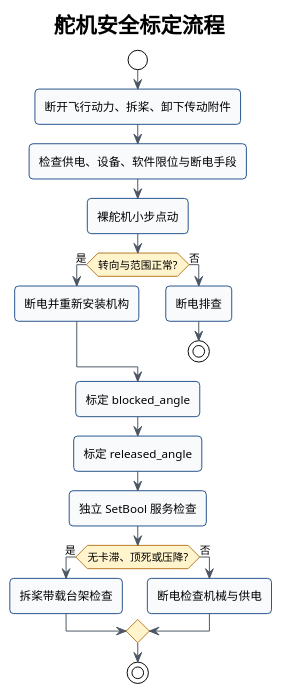
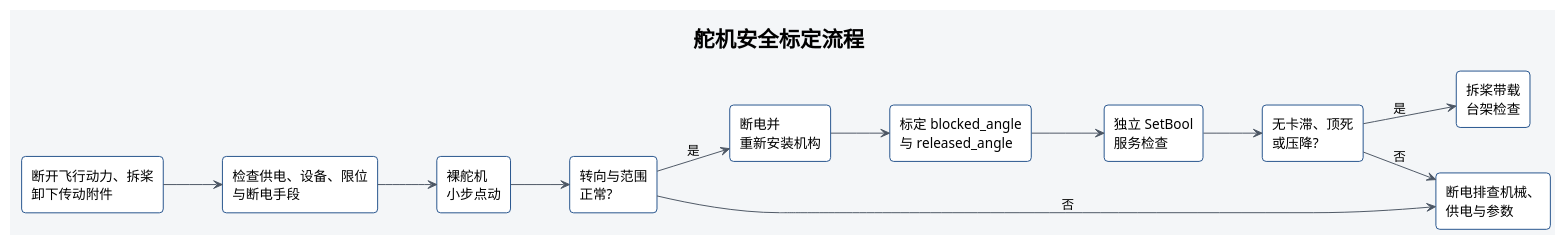
Before and after one commit to 6hao666/robotac: the diagram in docs/diagrams/servo-calibration.puml, drawn with PlantUML. The commit also changed 51 other files, not shown here.

Commit message:
docs: standardize PlantUML diagram layout

```diff
--- a/docs/diagrams/servo-calibration.puml
+++ b/docs/diagrams/servo-calibration.puml
@@ -1,32 +1,32 @@
 @startuml
 !theme plain
-skinparam backgroundColor transparent
+skinparam backgroundColor #F4F6F8
 skinparam shadowing false
 skinparam roundcorner 8
 skinparam defaultFontName SansSerif
 skinparam ArrowColor #4B5563
-skinparam activityBackgroundColor #F8FAFC
-skinparam activityBorderColor #24528C
-skinparam activityDiamondBackgroundColor #FFF4CC
-skinparam activityDiamondBorderColor #B7791F
+skinparam rectangleBackgroundColor #FFFFFF
+skinparam rectangleBorderColor #24528C
+left to right direction
 title 舵机安全标定流程
-start
-:断开飞行动力、拆桨、卸下传动附件;
-:检查供电、设备、软件限位与断电手段;
-:裸舵机小步点动;
-if (转向与范围正常?) then (是)
-  :断电并重新安装机构;
-else (否)
-  :断电排查;
-  stop
-endif
-:标定 blocked_angle;
-:标定 released_angle;
-:独立 SetBool 服务检查;
-if (无卡滞、顶死或压降?) then (是)
-  :拆桨带载台架检查;
-else (否)
-  :断电检查机械与供电;
-endif
-stop
+rectangle "断开飞行动力、拆桨\n卸下传动附件" as isolate
+rectangle "检查供电、设备、限位\n与断电手段" as inspect
+rectangle "裸舵机\n小步点动" as jog
+rectangle "转向与范围\n正常?" as directionGate
+rectangle "断电并\n重新安装机构" as reinstall
+rectangle "标定 blocked_angle\n与 released_angle" as calibrate
+rectangle "独立 SetBool\n服务检查" as service
+rectangle "无卡滞、顶死\n或压降?" as loadGate
+rectangle "拆桨带载\n台架检查" as bench
+rectangle "断电排查机械、\n供电与参数" as repair
+isolate --> inspect
+inspect --> jog
+jog --> directionGate
+directionGate --> reinstall : 是
+reinstall --> calibrate
+calibrate --> service
+service --> loadGate
+loadGate --> bench : 是
+directionGate -down-> repair : 否
+loadGate -down-> repair : 否
 @enduml
```
